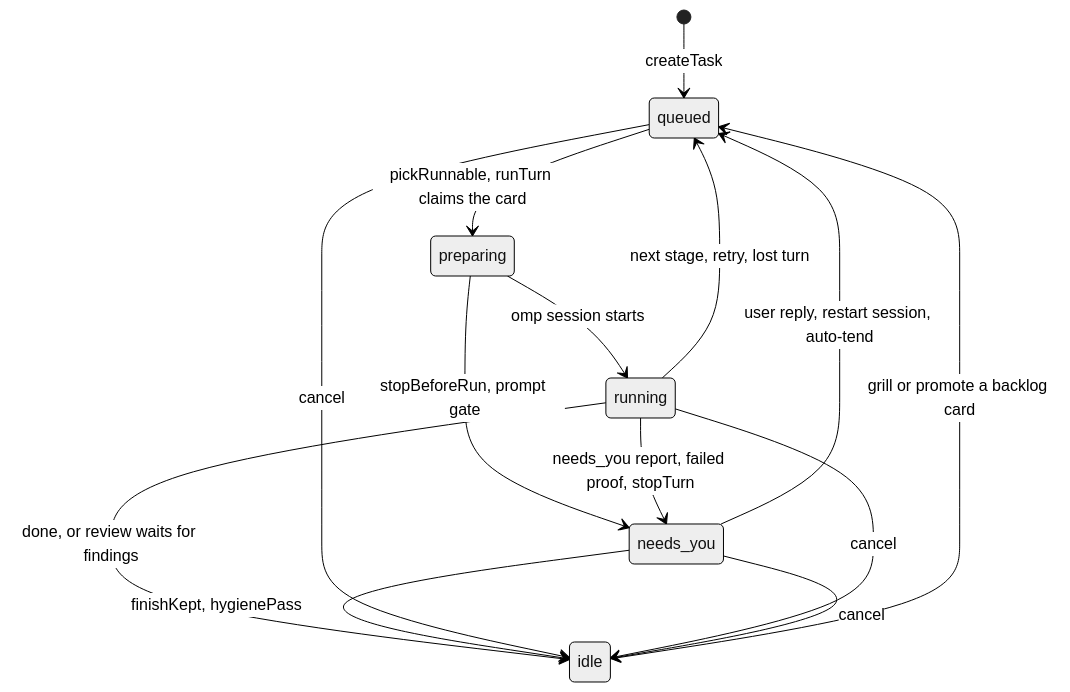
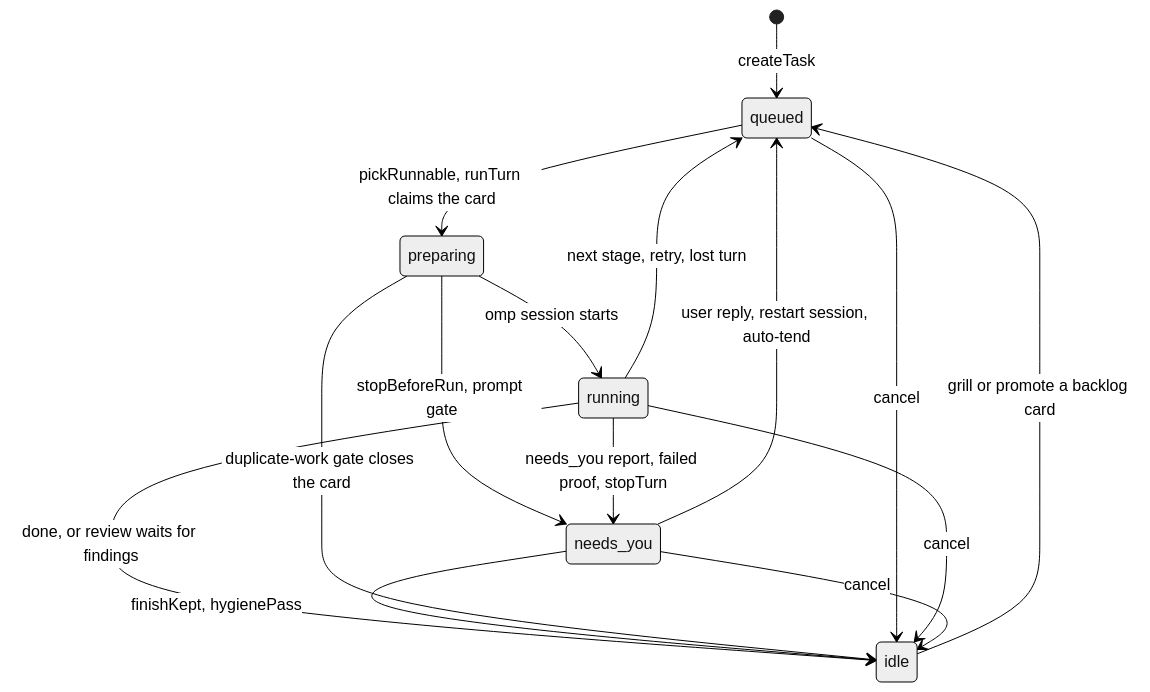
Before and after one commit to ottr-ai/ottr: the fourth of 4 diagrams in docs/how-it-works.md, drawn with Mermaid (neutral theme). The commit also changed other lines of this file and 16 other files, not shown here.

````diff
--- a/docs/how-it-works.md
+++ b/docs/how-it-works.md
@@ -158,16 +158,17 @@
 ```mermaid
 stateDiagram-v2
   [*] --> queued: createTask
   queued --> preparing: pickRunnable, runTurn claims the card
   preparing --> running: omp session starts
   preparing --> needs_you: stopBeforeRun, prompt gate
   running --> queued: next stage, retry, lost turn
   running --> needs_you: needs_you report, failed proof, stopTurn
   running --> idle: done, or review waits for findings
   needs_you --> queued: user reply, restart session, auto-tend
   needs_you --> idle: finishKept, hygienePass
+  preparing --> idle: duplicate-work gate closes the card
   queued --> idle: cancel
   running --> idle: cancel
   needs_you --> idle: cancel
   idle --> queued: grill or promote a backlog card
 ```
````
